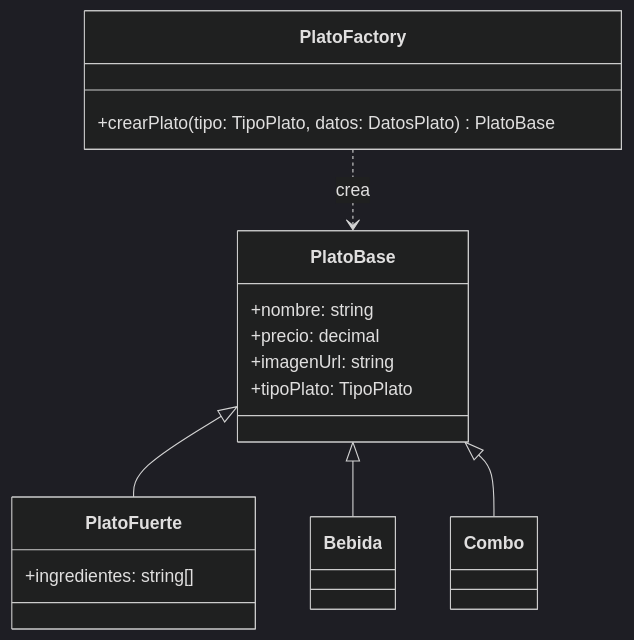
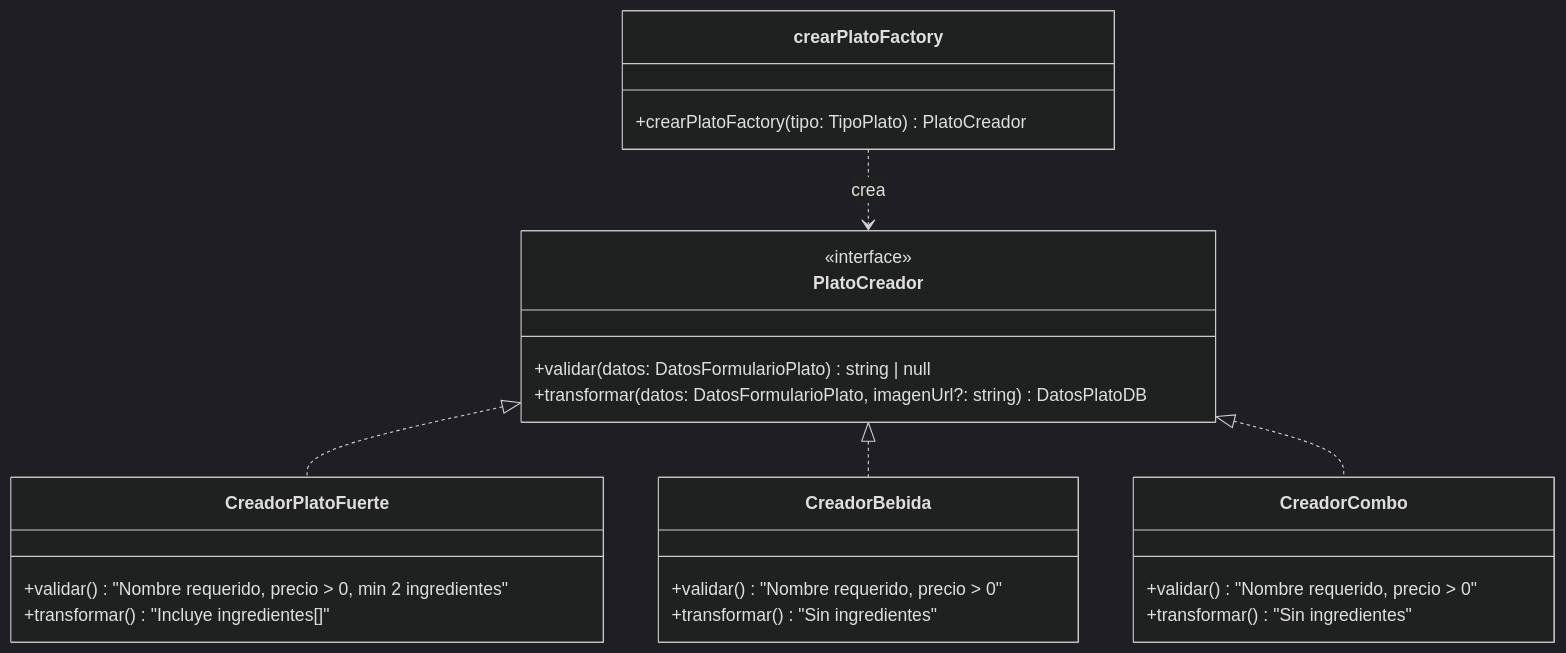
The diagram in docs/04-patrones/factory-method.md (SLarkZ01/E-commerce-de-Restaurante), drawn with Mermaid (dark theme) before and after one commit. The commit also changed other lines of this file and 59 other files, not shown here.

````diff
--- a/docs/04-patrones/factory-method.md
+++ b/docs/04-patrones/factory-method.md
@@ -35,28 +40,32 @@
 ```mermaid
 classDiagram
-    class PlatoBase {
-        +nombre: string
-        +precio: decimal
-        +imagenUrl: string
-        +tipoPlato: TipoPlato
+    class PlatoCreador {
+        <<interface>>
+        +validar(datos: DatosFormularioPlato) string | null
+        +transformar(datos: DatosFormularioPlato, imagenUrl?: string) DatosPlatoDB
     }
 
-    class PlatoFuerte {
-        +ingredientes: string[]
+    class CreadorPlatoFuerte {
+        +validar() "Nombre requerido, precio > 0, min 2 ingredientes"
+        +transformar() "Incluye ingredientes[]"
     }
 
-    class Bebida {
+    class CreadorBebida {
+        +validar() "Nombre requerido, precio > 0"
+        +transformar() "Sin ingredientes"
     }
 
-    class Combo {
+    class CreadorCombo {
+        +validar() "Nombre requerido, precio > 0"
+        +transformar() "Sin ingredientes"
     }
 
-    class PlatoFactory {
-        +crearPlato(tipo: TipoPlato, datos: DatosPlato) PlatoBase
+    class crearPlatoFactory {
+        +crearPlatoFactory(tipo: TipoPlato) PlatoCreador
     }
 
-    PlatoBase <|-- PlatoFuerte
-    PlatoBase <|-- Bebida
-    PlatoBase <|-- Combo
-    PlatoFactory ..> PlatoBase : crea
+    PlatoCreador <|.. CreadorPlatoFuerte
+    PlatoCreador <|.. CreadorBebida
+    PlatoCreador <|.. CreadorCombo
+    crearPlatoFactory ..> PlatoCreador : crea
 ```
````
